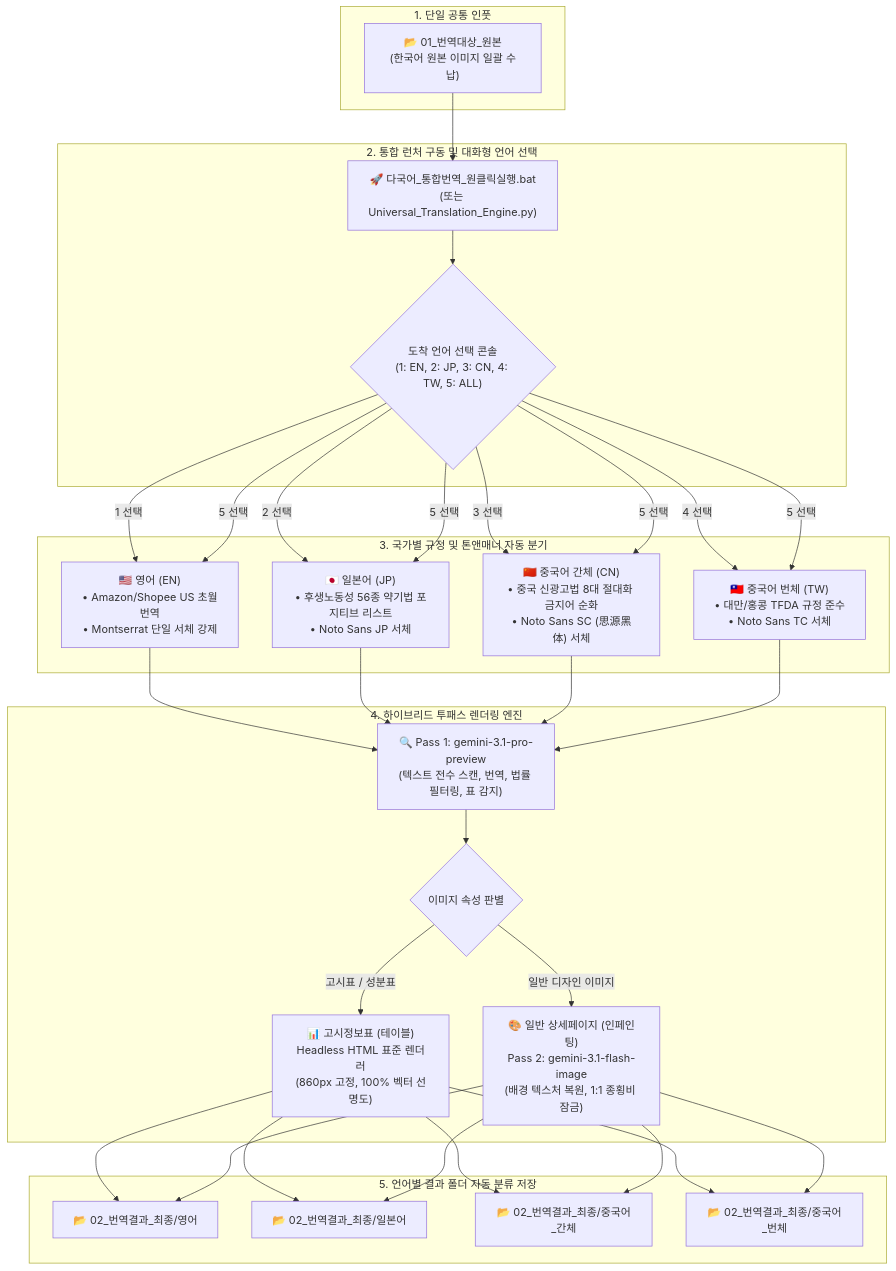
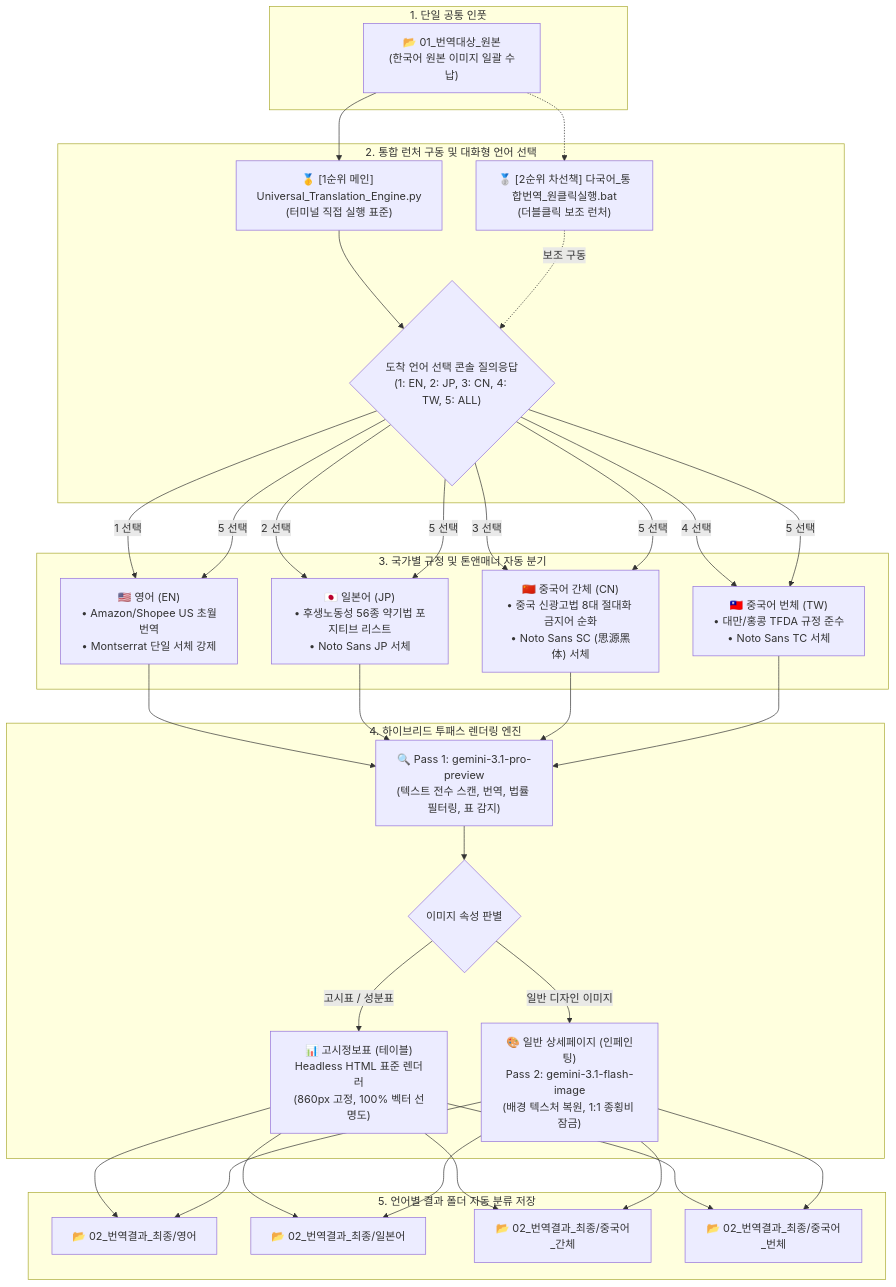
Before and after one commit to euntaewoo/PANDORA: the diagram in README.md, drawn with Mermaid. The commit also changed other lines of this file, not shown here.

Commit message:
docs: Update execution priority (1st: Universal_Translation_Engine.py, 2nd: bat launcher)

````diff
--- a/README.md
+++ b/README.md
@@ -9,48 +9,52 @@
 ```mermaid
 flowchart TD
     subgraph S1["1. 단일 공통 인풋"]
         IN["📂 01_번역대상_원본<br/>(한국어 원본 이미지 일괄 수납)"]
     end
 
     subgraph S2["2. 통합 런처 구동 및 대화형 언어 선택"]
-        BAT["🚀 다국어_통합번역_원클릭실행.bat<br/>(또는 Universal_Translation_Engine.py)"]
-        PROMPT{"도착 언어 선택 콘솔<br/>(1: EN, 2: JP, 3: CN, 4: TW, 5: ALL)"}
-        BAT --> PROMPT
+        P_MAIN["🥇 [1순위 메인] Universal_Translation_Engine.py<br/>(터미널 직접 실행 표준)"]
+        BAT_SUB["🥈 [2순위 차선책] 다국어_통합번역_원클릭실행.bat<br/>(더블클릭 보조 런처)"]
+        PROMPT{"도착 언어 선택 콘솔 질의응답<br/>(1: EN, 2: JP, 3: CN, 4: TW, 5: ALL)"}
+        
+        P_MAIN --> PROMPT
+        BAT_SUB -.->|보조 구동| PROMPT
     end
 
     subgraph S3["3. 국가별 규정 및 톤앤매너 자동 분기"]
         EN["🇺🇸 영어 (EN)<br/>• Amazon/Shopee US 초월번역<br/>• Montserrat 단일 서체 강제"]
         JP["🇯🇵 일본어 (JP)<br/>• 후생노동성 56종 약기법 포지티브 리스트<br/>• Noto Sans JP 서체"]
         CN["🇨🇳 중국어 간체 (CN)<br/>• 중국 신광고법 8대 절대화 금지어 순화<br/>• Noto Sans SC (思源黑体) 서체"]
         TW["🇹🇼 중국어 번체 (TW)<br/>• 대만/홍콩 TFDA 규정 준수<br/>• Noto Sans TC 서체"]
     end
 
     subgraph S4["4. 하이브리드 투패스 렌더링 엔진"]
         P1["🔍 Pass 1: gemini-3.1-pro-preview<br/>(텍스트 전수 스캔, 번역, 법률 필터링, 표 감지)"]
         DECIDE{"이미지 속성 판별"}
         
         HTML["📊 고시정보표 (테이블)<br/>Headless HTML 표준 렌더러<br/>(860px 고정, 100% 벡터 선명도)"]
         P2["🎨 일반 상세페이지 (인페인팅)<br/>Pass 2: gemini-3.1-flash-image<br/>(배경 텍스처 복원, 1:1 종횡비 잠금)"]
         
         P1 --> DECIDE
         DECIDE -->|고시표 / 성분표| HTML
         DECIDE -->|일반 디자인 이미지| P2
     end
 
     subgraph S5["5. 언어별 결과 폴더 자동 분류 저장"]
         OUT_EN["📂 02_번역결과_최종/영어"]
         OUT_JP["📂 02_번역결과_최종/일본어"]
         OUT_CN["📂 02_번역결과_최종/중국어_간체"]
         OUT_TW["📂 02_번역결과_최종/중국어_번체"]
     end
 
-    IN --> BAT
+    IN --> P_MAIN
+    IN -.-> BAT_SUB
     PROMPT -->|1 선택| EN
     PROMPT -->|2 선택| JP
     PROMPT -->|3 선택| CN
     PROMPT -->|4 선택| TW
     PROMPT -->|5 선택| EN & JP & CN & TW
 
     EN & JP & CN & TW --> P1
     HTML & P2 --> OUT_EN & OUT_JP & OUT_CN & OUT_TW
 ```
````
